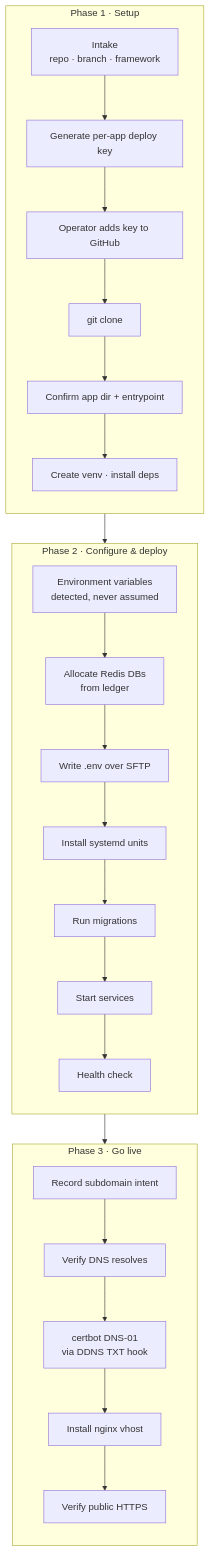
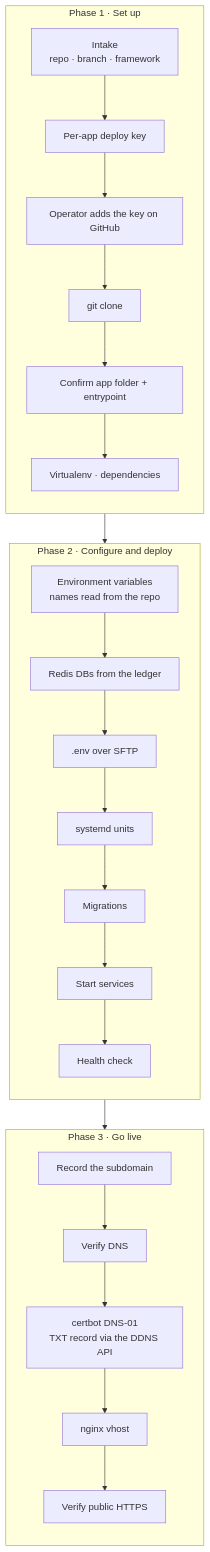
Before and after one commit to tobioj/Homelab-Control-Plane: the second of 4 diagrams in README.md, drawn with Mermaid. The commit also changed other lines of this file and 15 other files, not shown here.

````diff
--- a/README.md
+++ b/README.md
@@ -127,35 +138,23 @@
 ```mermaid
 flowchart TD
-    subgraph P1["Phase 1 · Setup"]
+    subgraph P1["Phase 1 · Set up"]
         direction TB
-        A["Intake<br/>repo · branch · framework"]
-        B["Generate per-app deploy key"]
-        C["Operator adds key to GitHub"]
-        D["git clone"]
-        E["Confirm app dir + entrypoint"]
-        F["Create venv · install deps"]
-        A --> B --> C --> D --> E --> F
+        A["Intake<br/>repo · branch · framework"] --> B["Per-app deploy key"]
+        B --> C["Operator adds the key on GitHub"] --> D["git clone"]
+        D --> E["Confirm app folder + entrypoint"] --> F["Virtualenv · dependencies"]
     end
-    subgraph P2["Phase 2 · Configure &amp; deploy"]
+    subgraph P2["Phase 2 · Configure and deploy"]
         direction TB
-        G["Environment variables<br/>detected, never assumed"]
-        H["Allocate Redis DBs<br/>from ledger"]
-        I["Write .env over SFTP"]
-        J["Install systemd units"]
-        K["Run migrations"]
-        L["Start services"]
-        M["Health check"]
-        G --> H --> I --> J --> K --> L --> M
+        G["Environment variables<br/>names read from the repo"] --> H["Redis DBs from the ledger"]
+        H --> I[".env over SFTP"] --> J["systemd units"]
+        J --> K["Migrations"] --> L["Start services"] --> M["Health check"]
     end
     subgraph P3["Phase 3 · Go live"]
         direction TB
-        N["Record subdomain intent"]
-        O["Verify DNS resolves"]
-        P["certbot DNS-01<br/>via DDNS TXT hook"]
-        Q["Install nginx vhost"]
-        R["Verify public HTTPS"]
-        N --> O --> P --> Q --> R
+        N["Record the subdomain"] --> O["Verify DNS"]
+        O --> P["certbot DNS-01<br/>TXT record via the DDNS API"]
+        P --> Q["nginx vhost"] --> R["Verify public HTTPS"]
     end
     F --> G
     M --> N
 ```
````
